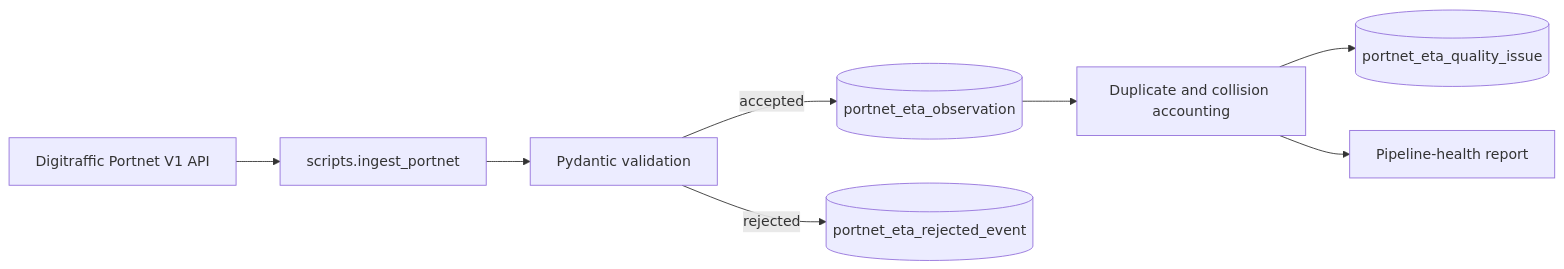
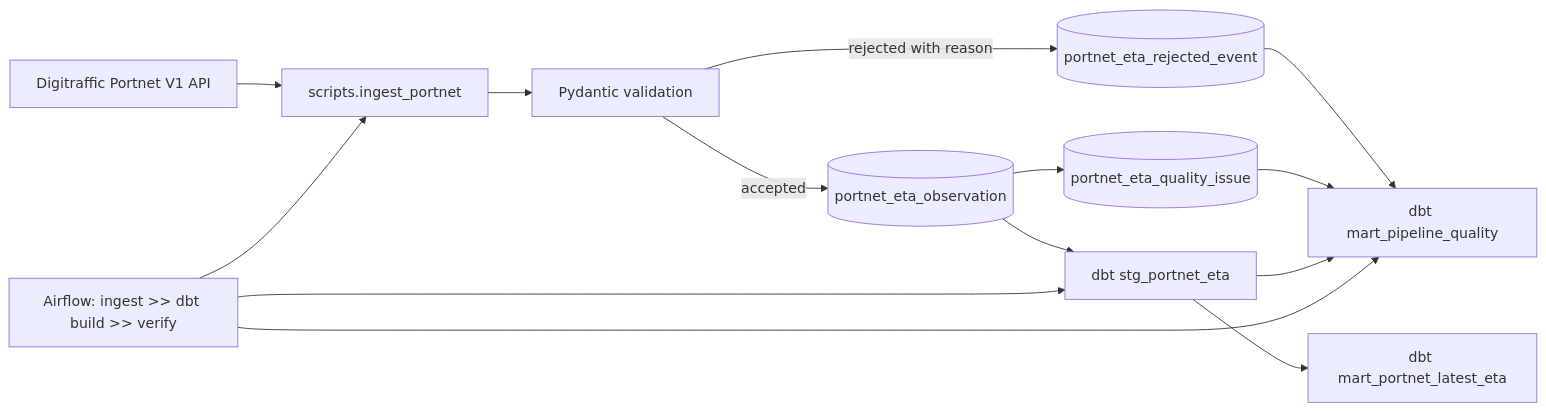
Before and after one commit to aminnkhann/PortPulse: the diagram in ARCHITECTURE.md, drawn with Mermaid. The commit also changed other lines of this file and 12 other files, not shown here.

Commit message:
feat: add Airflow PortPulse pipeline orchestration

```diff
--- a/ARCHITECTURE.md
+++ b/ARCHITECTURE.md
@@ -23,10 +7,16 @@
 ~~~mermaid
 flowchart LR
-    P[Digitraffic Portnet V1 API] --> I[scripts.ingest_portnet]
-    I --> V[Pydantic validation]
+    API[Digitraffic Portnet V1 API] --> A[scripts.ingest_portnet]
+    A --> V[Pydantic validation]
     V -->|accepted| O[(portnet_eta_observation)]
-    V -->|rejected| Q[(portnet_eta_rejected_event)]
-    O --> D[Duplicate and collision accounting]
-    D --> H[(portnet_eta_quality_issue)]
-    D --> M[Pipeline-health report]
+    V -->|rejected with reason| R[(portnet_eta_rejected_event)]
+    O --> Q[(portnet_eta_quality_issue)]
+    O --> S[dbt stg_portnet_eta]
+    R --> H[dbt mart_pipeline_quality]
+    Q --> H
+    S --> L[dbt mart_portnet_latest_eta]
+    S --> H
+    DAG[Airflow: ingest >> dbt build >> verify] --> A
+    DAG --> S
+    DAG --> H
 ~~~
```
